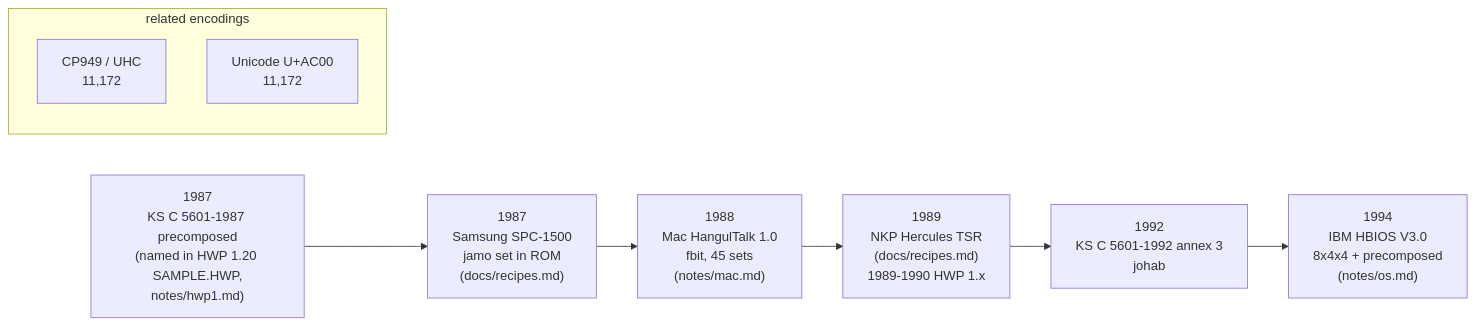
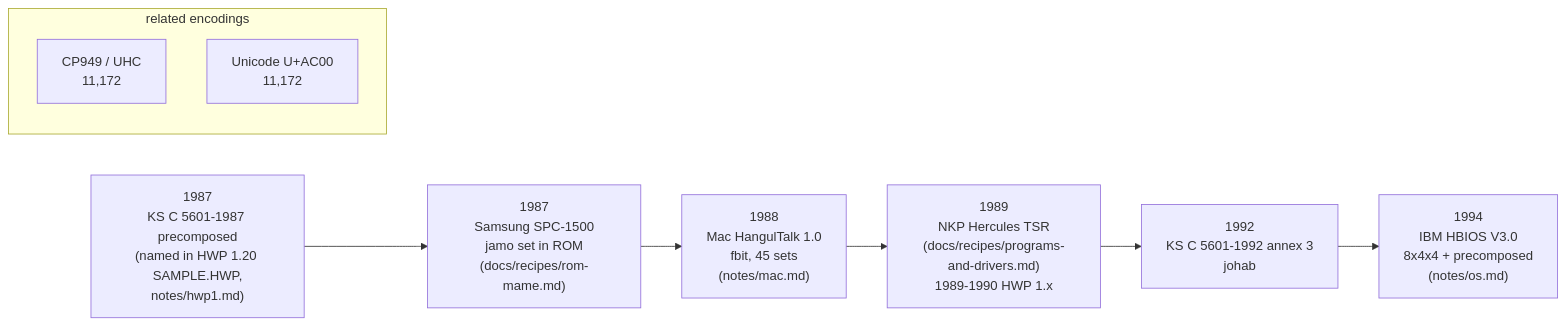
Before and after one commit to TaehyunKimLL/svf-fonts-open: the sixth of 27 diagrams in docs/jamo-sets.md, drawn with Mermaid. The commit also changed other lines of this file and 30 other files, not shown here.

````diff
--- a/docs/jamo-sets.md
+++ b/docs/jamo-sets.md
@@ -218,14 +218,14 @@
 ```mermaid
 flowchart LR
   A["1987<br/>KS C 5601-1987 precomposed<br/>(named in HWP 1.20 SAMPLE.HWP,<br/>notes/hwp1.md)"]
-  B["1987<br/>Samsung SPC-1500<br/>jamo set in ROM<br/>(docs/recipes.md)"]
+  B["1987<br/>Samsung SPC-1500<br/>jamo set in ROM<br/>(docs/recipes/rom-mame.md)"]
   C["1988<br/>Mac HangulTalk 1.0<br/>fbit, 45 sets<br/>(notes/mac.md)"]
-  D["1989<br/>NKP Hercules TSR<br/>(docs/recipes.md)<br/>1989-1990 HWP 1.x"]
+  D["1989<br/>NKP Hercules TSR<br/>(docs/recipes/programs-and-drivers.md)<br/>1989-1990 HWP 1.x"]
   E["1992<br/>KS C 5601-1992 annex 3<br/>johab"]
   F["1994<br/>IBM HBIOS V3.0<br/>8x4x4 + precomposed<br/>(notes/os.md)"]
   A --> B --> C --> D --> E --> F
   subgraph N["related encodings"]
     G["CP949 / UHC<br/>11,172"]
     H["Unicode U+AC00<br/>11,172"]
   end
 ```
````
